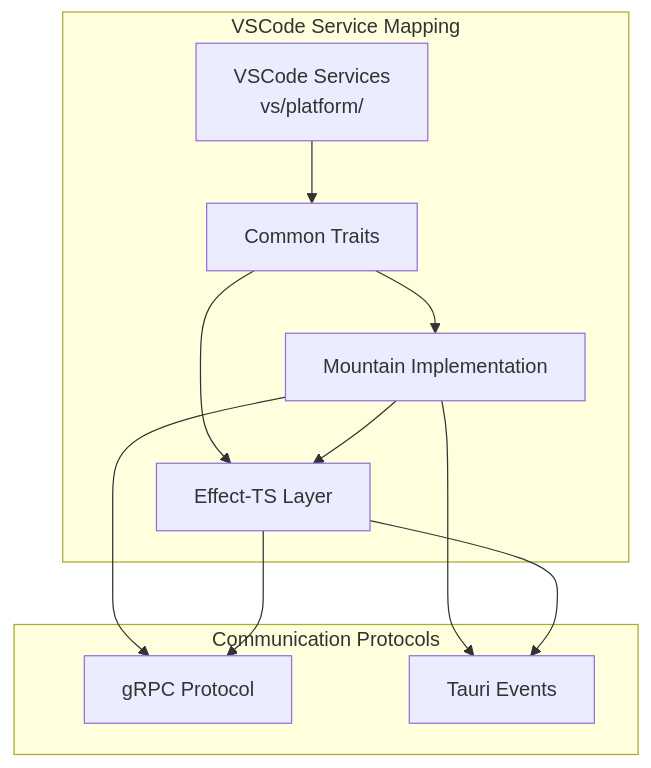
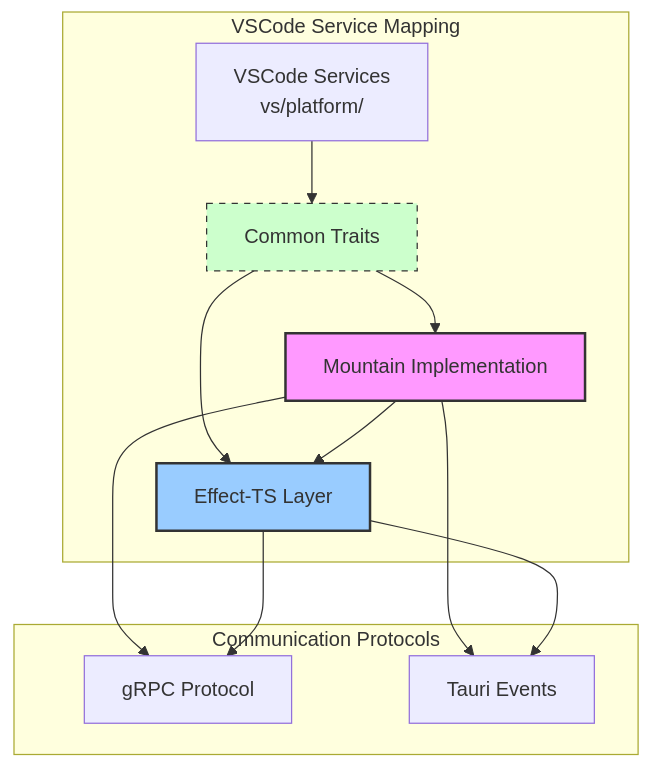
One commit to CodeEditorLand/Common changed the eighth of 9 diagrams in Documentation/GitHub/DeepDive.md. Above: the diagram before and after it, drawn with Mermaid. The commit also changed other lines of this file, not shown here.

````diff
--- a/Documentation/GitHub/DeepDive.md
+++ b/Documentation/GitHub/DeepDive.md
@@ -399,24 +404,31 @@
 ```mermaid
 graph TD
     subgraph "VSCode Service Mapping"
         VSCodeServices["VSCode Services<br/>vs/platform/"]
         CommonTraits["Common Traits"]
         MountainImpl["Mountain Implementation"]
         EffectTS["Effect-TS Layer"]
 
         VSCodeServices --> CommonTraits
         CommonTraits --> MountainImpl
         CommonTraits --> EffectTS
         MountainImpl --> EffectTS
     end
 
     subgraph "Communication Protocols"
         gRPC["gRPC Protocol"]
         Tauri["Tauri Events"]
 
         MountainImpl --> gRPC
         MountainImpl --> Tauri
         EffectTS --> gRPC
         EffectTS --> Tauri
     end
+
+    classDef mountain fill:#f9f,stroke:#333,stroke-width:2px;
+    classDef wind fill:#9cf,stroke:#333,stroke-width:2px;
+    classDef common fill:#cfc,stroke:#333,stroke-width:1px,stroke-dasharray: 5 5;
+    class MountainImpl mountain;
+    class EffectTS wind;
+    class CommonTraits common;
 ```
````
